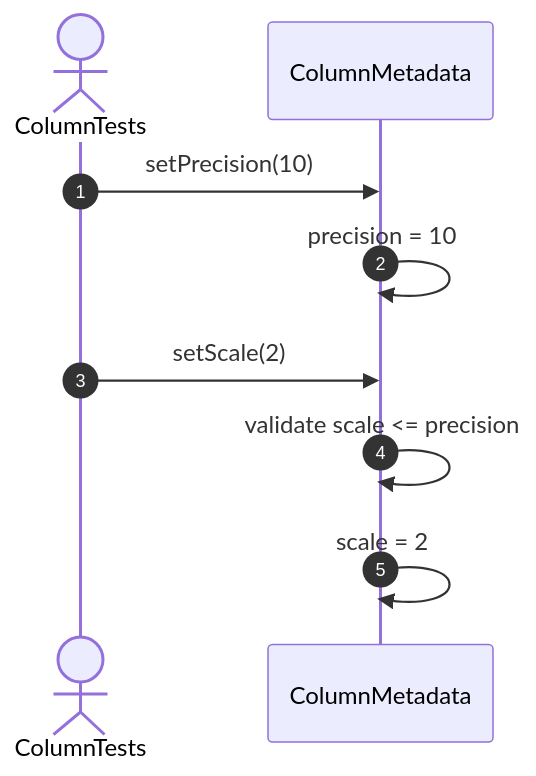
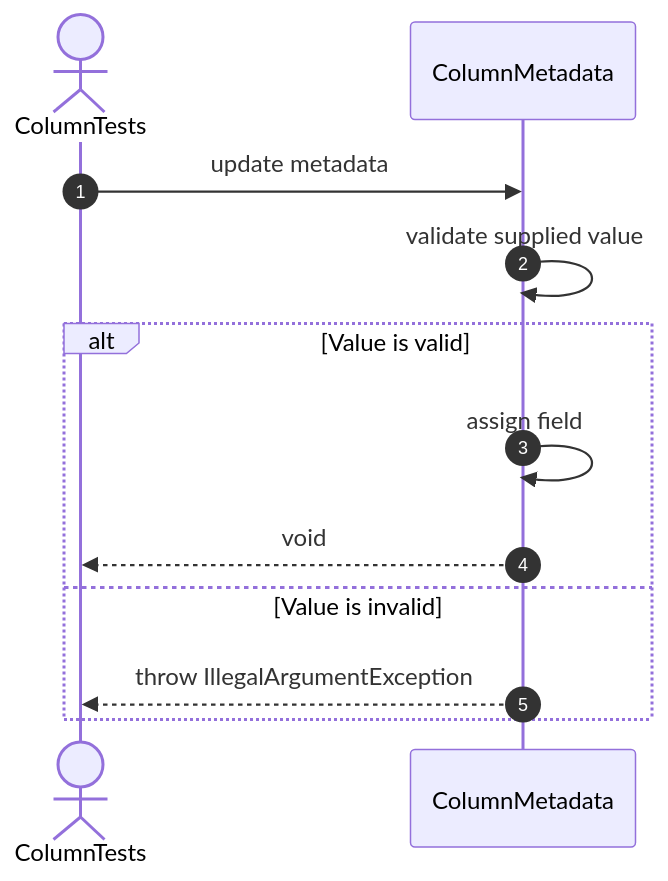
Before and after one commit to FhuAnn/-bbv-AN-s-DBMS: diagram 16 of 55 in src/tests/unit/metadata/sequences/columns-testing.se.md, drawn with Mermaid. The commit also changed other lines of this file and 9 other files, not shown here.

````diff
--- a/src/tests/unit/metadata/sequences/columns-testing.se.md
+++ b/src/tests/unit/metadata/sequences/columns-testing.se.md
@@ -218,12 +269,15 @@
 ```mermaid
 sequenceDiagram
     autonumber
     actor Test as ColumnTests
     participant Column as ColumnMetadata
 
-    Test->>Column: setPrecision(10)
-    Column->>Column: precision = 10
-    Test->>Column: setScale(2)
-    Column->>Column: validate scale <= precision
-    Column->>Column: scale = 2
+    Test->>Column: update metadata
+    Column->>Column: validate supplied value
+    alt Value is valid
+    Column->>Column: assign field
+    Column-->>Test: void
+    else Value is invalid
+    Column-->>Test: throw IllegalArgumentException
+    end
 ```
````
